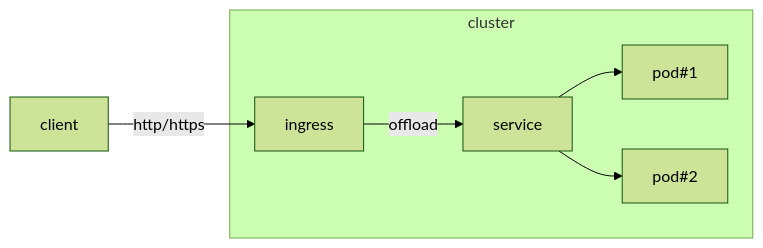
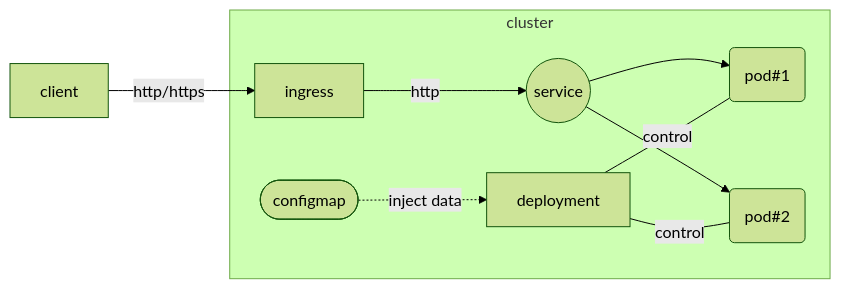
One commit to iamnogada/sam-k8s changed the diagram in doc/k8s-overview.md. Above: the diagram before and after it, drawn with Mermaid (forest theme). The commit also changed 1 other file, not shown here.

````diff
--- a/doc/k8s-overview.md
+++ b/doc/k8s-overview.md
@@ -3,10 +3,11 @@
 ```mermaid
 graph LR
   client -- http/https --> ingress
   subgraph cluster
-  ingress -- offload --> service
-  service --> pod#1
-  service --> pod#2
+  ingress -- http --> s((service))
+  s((service)) --> c(pod#1) & d(pod#2)
+  deployment--- |control|c(pod#1) & d(pod#2)
+  A([configmap]) -. inject data .->deployment
   end
 
 ```
````
